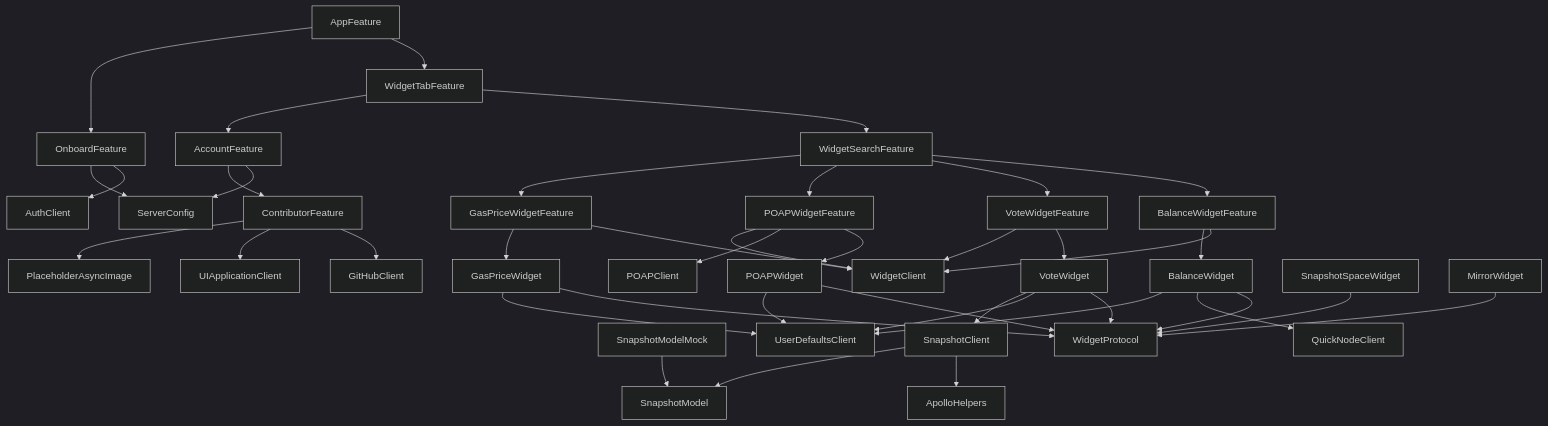
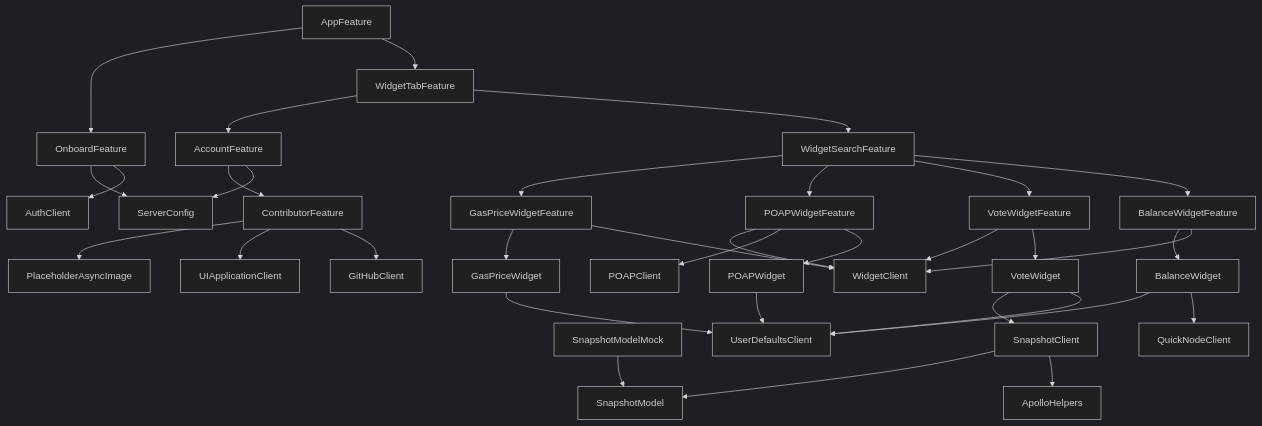
Before and after one commit to caaaption/caaaption: the diagram in caaaption/PackageDependencies.md, drawn with Mermaid (dark theme).

Commit message:
Run dgraph

````diff
--- a/caaaption/PackageDependencies.md
+++ b/caaaption/PackageDependencies.md
@@ -1,42 +1,36 @@
 ```mermaid
 graph TD;
     AppFeature-->WidgetTabFeature;
     AppFeature-->OnboardFeature;
     WidgetSearchFeature-->BalanceWidgetFeature;
     WidgetSearchFeature-->VoteWidgetFeature;
     WidgetSearchFeature-->POAPWidgetFeature;
     WidgetSearchFeature-->GasPriceWidgetFeature;
     AccountFeature-->ServerConfig;
     AccountFeature-->ContributorFeature;
     ContributorFeature-->GitHubClient;
     ContributorFeature-->UIApplicationClient;
     ContributorFeature-->PlaceholderAsyncImage;
     BalanceWidgetFeature-->WidgetClient;
     BalanceWidgetFeature-->BalanceWidget;
     VoteWidgetFeature-->VoteWidget;
     VoteWidgetFeature-->WidgetClient;
     OnboardFeature-->AuthClient;
     OnboardFeature-->ServerConfig;
     POAPWidgetFeature-->POAPWidget;
     POAPWidgetFeature-->POAPClient;
     POAPWidgetFeature-->WidgetClient;
     GasPriceWidgetFeature-->WidgetClient;
     GasPriceWidgetFeature-->GasPriceWidget;
     WidgetTabFeature-->WidgetSearchFeature;
     WidgetTabFeature-->AccountFeature;
     SnapshotModelMock-->SnapshotModel;
     SnapshotClient-->ApolloHelpers;
     SnapshotClient-->SnapshotModel;
-    BalanceWidget-->WidgetProtocol;
     BalanceWidget-->QuickNodeClient;
     BalanceWidget-->UserDefaultsClient;
-    VoteWidget-->WidgetProtocol;
     VoteWidget-->UserDefaultsClient;
     VoteWidget-->SnapshotClient;
-    GasPriceWidget-->WidgetProtocol;
     GasPriceWidget-->UserDefaultsClient;
-    POAPWidget-->WidgetProtocol;
     POAPWidget-->UserDefaultsClient;
-    SnapshotSpaceWidget-->WidgetProtocol;
-    MirrorWidget-->WidgetProtocol;
 ```
````
